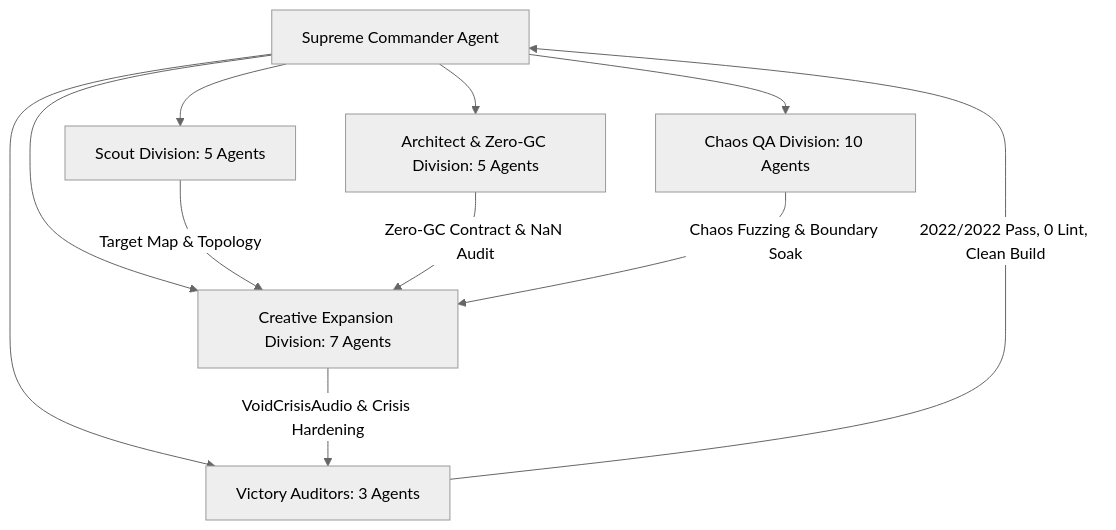
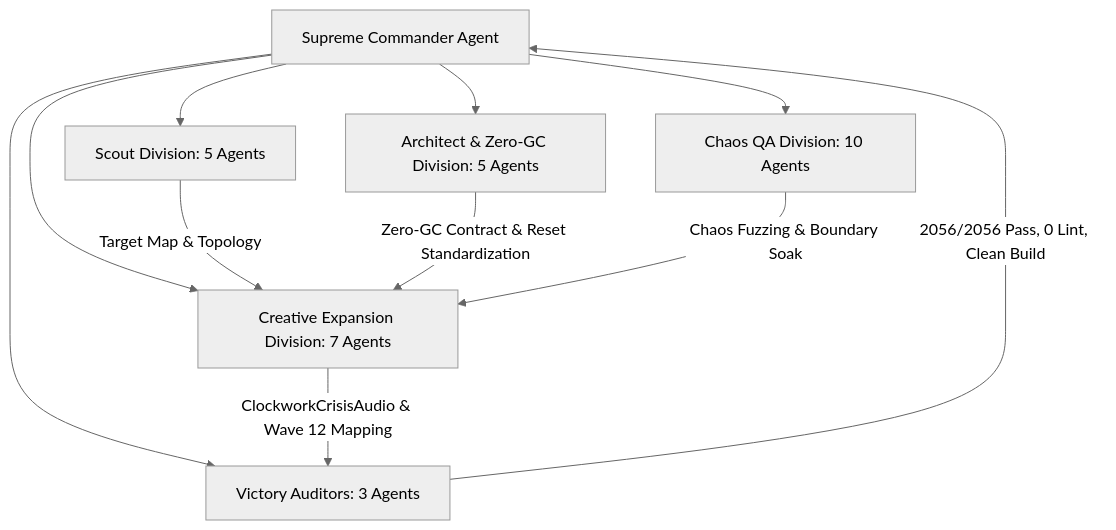
The diagram in DAILY_REPORT.md (LeegwangYeol/bomberman-game), drawn with Mermaid (neutral theme) before and after one commit. The commit also changed other lines of this file and 11 other files, not shown here.

````diff
--- a/DAILY_REPORT.md
+++ b/DAILY_REPORT.md
@@ -55,14 +48,14 @@
 ```mermaid
 flowchart TD
     SC[Supreme Commander Agent] --> SD[Scout Division: 5 Agents]
     SC --> AD[Architect & Zero-GC Division: 5 Agents]
     SC --> CQD[Chaos QA Division: 10 Agents]
     SC --> CED[Creative Expansion Division: 7 Agents]
     SC --> VA[Victory Auditors: 3 Agents]
 
     SD -->|Target Map & Topology| CED
-    AD -->|Zero-GC Contract & NaN Audit| CED
+    AD -->|Zero-GC Contract & Reset Standardization| CED
     CQD -->|Chaos Fuzzing & Boundary Soak| CED
-    CED -->|VoidCrisisAudio & Crisis Hardening| VA
-    VA -->|2022/2022 Pass, 0 Lint, Clean Build| SC
+    CED -->|ClockworkCrisisAudio & Wave 12 Mapping| VA
+    VA -->|2056/2056 Pass, 0 Lint, Clean Build| SC
 ```
````
